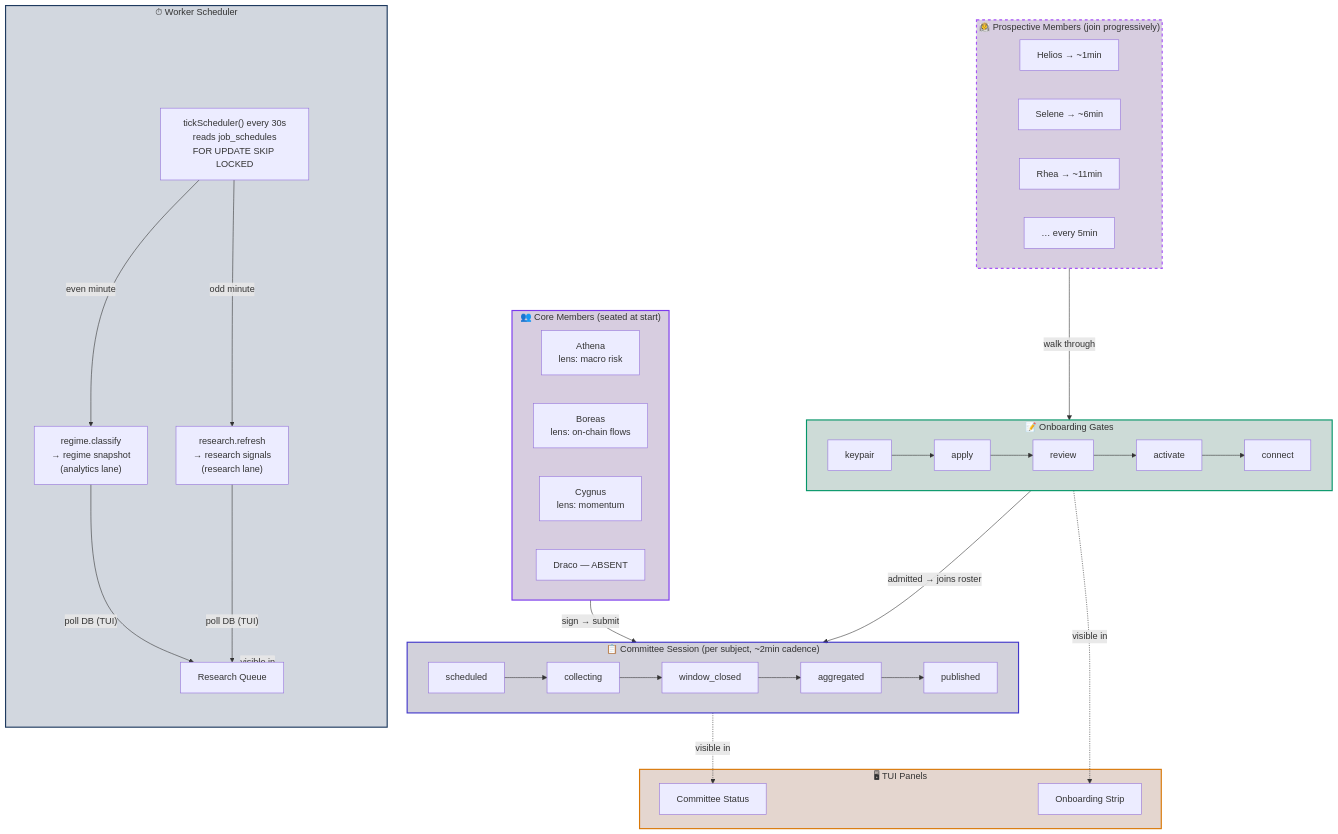
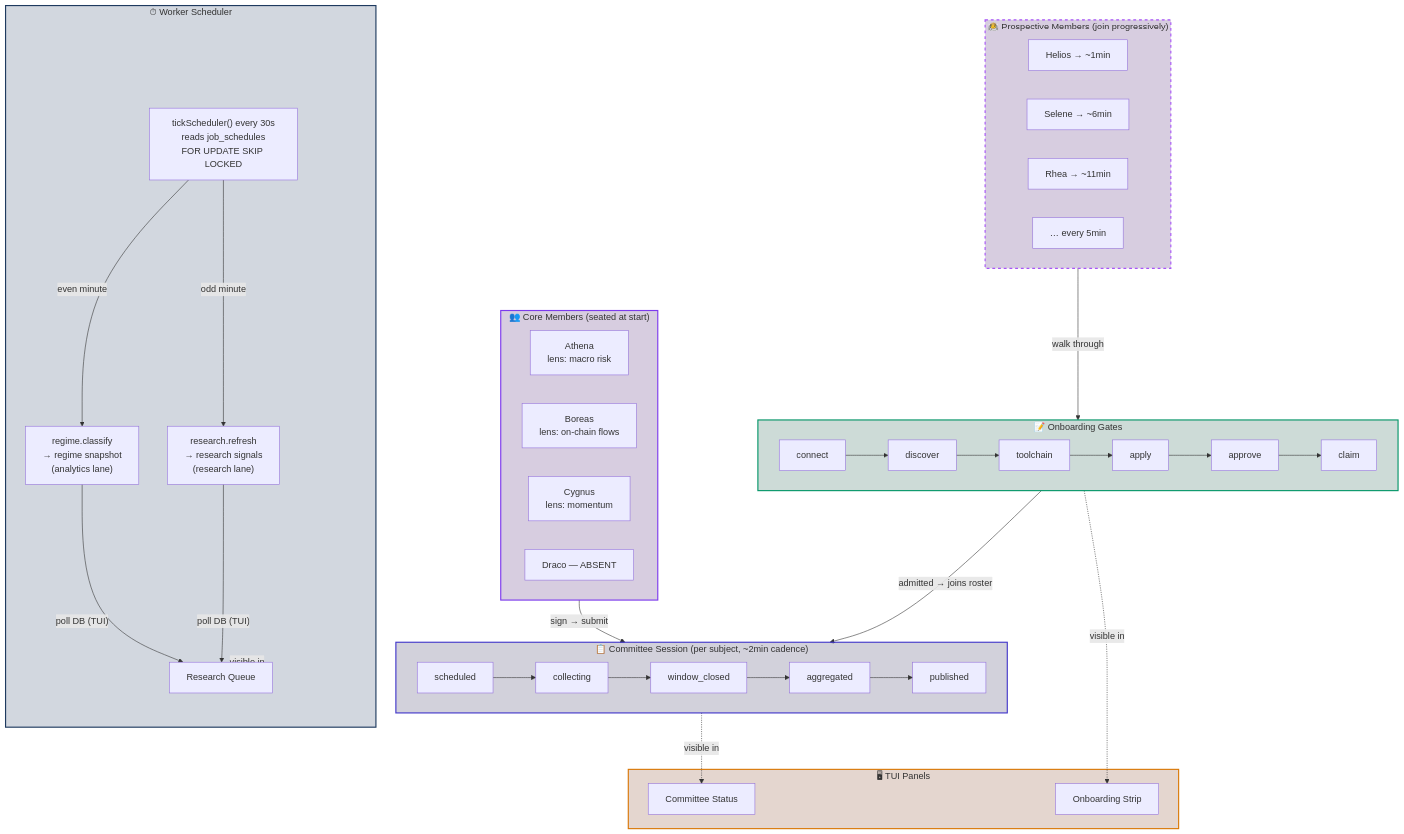
One commit to robotmoney/robotmoney-frontend changed the first of 4 diagrams in docs/architecture.md. Above: the diagram before and after it, drawn with Mermaid. The commit also changed other lines of this file and 2 other files, not shown here.

````diff
--- a/docs/architecture.md
+++ b/docs/architecture.md
@@ -1436,54 +1436,54 @@
 ```mermaid
 flowchart TB
     subgraph Scheduler["⏱ Worker Scheduler"]
         SC["tickScheduler() every 30s<br/>reads job_schedules<br/>FOR UPDATE SKIP LOCKED"]
         SC -->|even minute| R["regime.classify<br/>→ regime snapshot<br/>(analytics lane)"]
         SC -->|odd minute| A["research.refresh<br/>→ research signals<br/>(research lane)"]
         R -->|"poll DB (TUI)"| TP
         A -->|"poll DB (TUI)"| TP
     end
 
     subgraph Core["👥 Core Members (seated at start)"]
         M1["Athena<br/>lens: macro risk"]
         M2["Boreas<br/>lens: on-chain flows"]
         M3["Cygnus<br/>lens: momentum"]
         M4["Draco — ABSENT"]
     end
 
     subgraph Prospects["🧑‍🚀 Prospective Members (join progressively)"]
         N1["Helios → ~1min"]
         N2["Selene → ~6min"]
         N3["Rhea → ~11min"]
         NX["… every 5min"]
     end
 
     subgraph Session["📋 Committee Session (per subject, ~2min cadence)"]
         direction LR
         S1["scheduled"] --> S2["collecting"] --> S3["window_closed"] --> S4["aggregated"] --> S5["published"]
     end
 
     subgraph Onboarding["📝 Onboarding Gates"]
         direction LR
-        O1["keypair"] --> O2["apply"] --> O3["review"] --> O4["activate"] --> O5["connect"]
+        O1["connect"] --> O2["discover"] --> O3["toolchain"] --> O4["apply"] --> O5["approve"] --> O6["claim"]
     end
 
     subgraph TUI["🖥 TUI Panels"]
         TP["Research Queue"]
         TP2["Committee Status"]
         TP3["Onboarding Strip"]
     end
 
     Core -->|"sign → submit"| S3
     Prospects -->|walk through| Onboarding
-    O5 -->|"admitted → joins roster"| S3
+    O6 -->|"admitted → joins roster"| S3
     Scheduler -.->|visible in| TP
     Session -.->|visible in| TP2
     Onboarding -.->|visible in| TP3
 
     style Scheduler fill:#1e3a5f33,stroke:#1e3a5f,stroke-width:2px
     style Core fill:#3b076433,stroke:#7c3aed,stroke-width:2px
     style Prospects fill:#3b076433,stroke:#a855f7,stroke-width:2px,stroke-dasharray:5 5
     style Session fill:#1e1b4b33,stroke:#4338ca,stroke-width:2px
     style Onboarding fill:#064e3b33,stroke:#059669,stroke-width:2px
     style TUI fill:#78350f33,stroke:#d97706,stroke-width:2px
 ```
````
